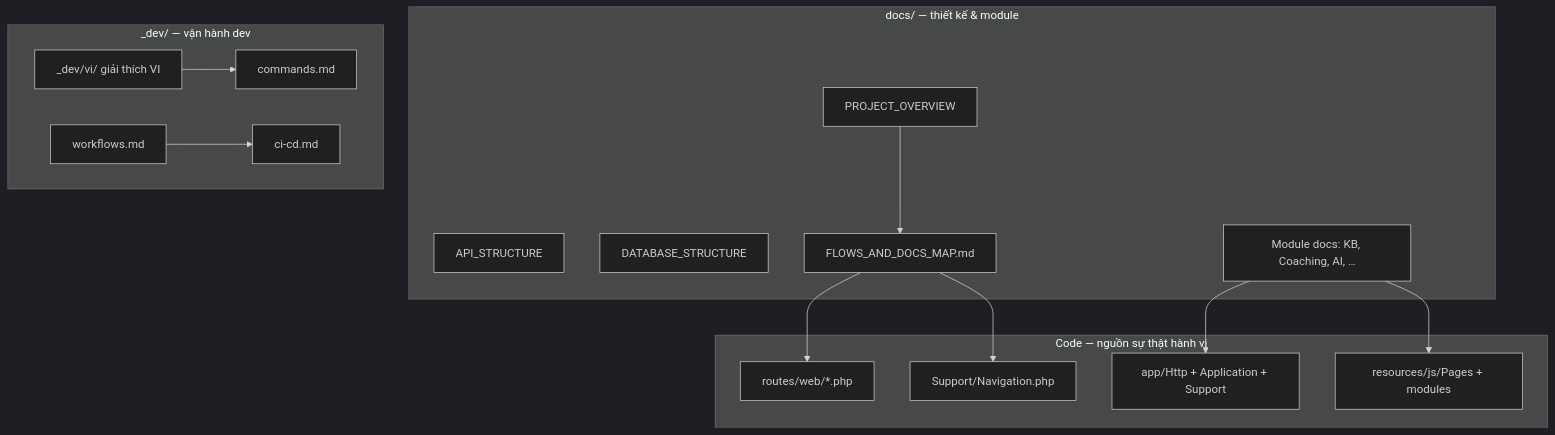
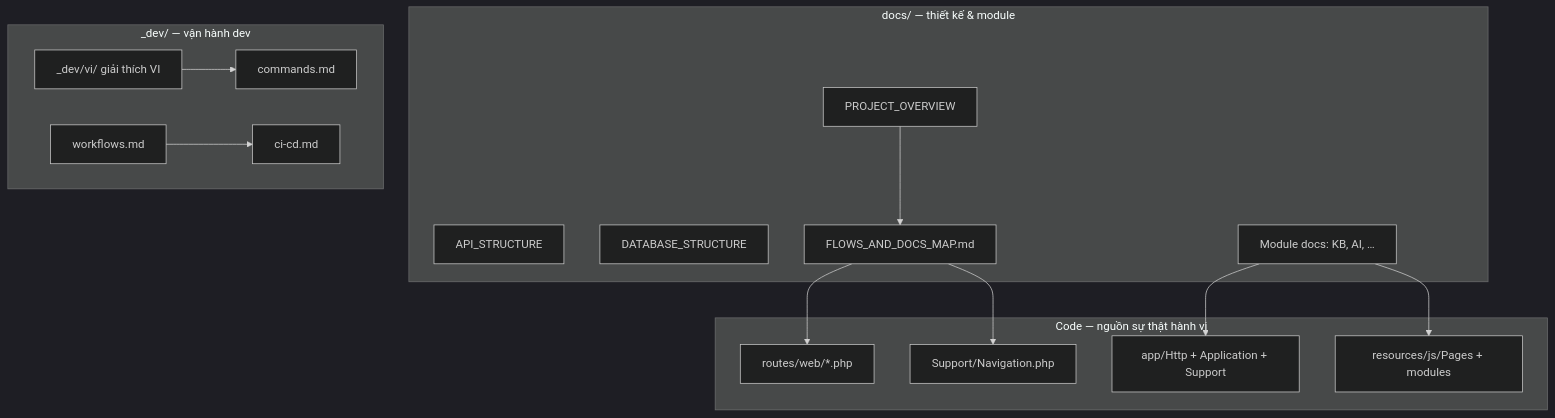
The first of 10 diagrams in docs/FLOWS_AND_DOCS_MAP.md (EasyToBuildWithKane/va-qlda), drawn with Mermaid (dark theme) before and after one commit. The commit also changed other lines of this file and 149 other files, not shown here.

````diff
--- a/docs/FLOWS_AND_DOCS_MAP.md
+++ b/docs/FLOWS_AND_DOCS_MAP.md
@@ -10,29 +10,29 @@
 ```mermaid
 flowchart TB
   subgraph docs ["docs/ — thiết kế & module"]
     PO[PROJECT_OVERVIEW]
     API[API_STRUCTURE]
     DB[DATABASE_STRUCTURE]
-    MOD[Module docs: KB, Coaching, AI, …]
+    MOD[Module docs: KB, AI, …]
     FLOW[FLOWS_AND_DOCS_MAP.md]
   end
   subgraph code ["Code — nguồn sự thật hành vi"]
     R[routes/web/*.php]
     NAV[Support/Navigation.php]
     APP[app/Http + Application + Support]
     FE[resources/js/Pages + modules]
   end
   subgraph dev ["_dev/ — vận hành dev"]
     CMD[commands.md]
     WF[workflows.md]
     CI[ci-cd.md]
     VI[_dev/vi/ giải thích VI]
   end
   FLOW --> R
   FLOW --> NAV
   MOD --> APP
   MOD --> FE
   WF --> CI
   VI --> CMD
   PO --> FLOW
 ```
````
